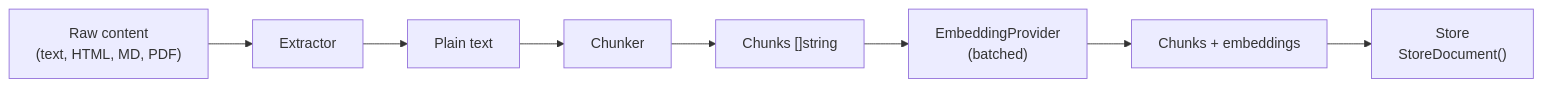
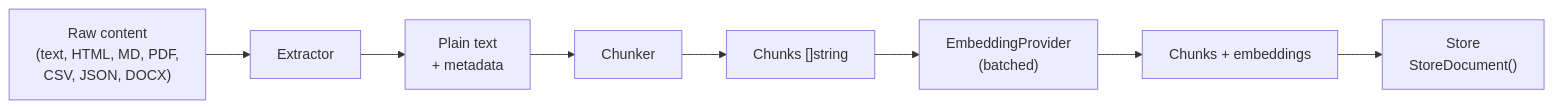
One commit to nevindra/oasis changed the first of 2 diagrams in docs/concepts/ingest.md. Above: the diagram before and after it, drawn with Mermaid. The commit also changed other lines of this file and 17 other files, not shown here.

First line of the commit message:
feat(ingest): add CSV, JSON, DOCX extractors and chunk metadata pipeline

````diff
--- a/docs/concepts/ingest.md
+++ b/docs/concepts/ingest.md
@@ -7,10 +7,10 @@
 ```mermaid
 flowchart LR
-    RAW["Raw content<br>(text, HTML, MD, PDF)"] --> EXTRACT[Extractor]
-    EXTRACT --> PLAIN[Plain text]
+    RAW["Raw content<br>(text, HTML, MD, PDF,<br>CSV, JSON, DOCX)"] --> EXTRACT[Extractor]
+    EXTRACT --> PLAIN["Plain text<br>+ metadata"]
     PLAIN --> CHUNK[Chunker]
     CHUNK --> CHUNKS["Chunks []string"]
     CHUNKS --> EMBED["EmbeddingProvider<br>(batched)"]
     EMBED --> VECTORS["Chunks + embeddings"]
     VECTORS --> STORE["Store<br>StoreDocument()"]
 ```
````
